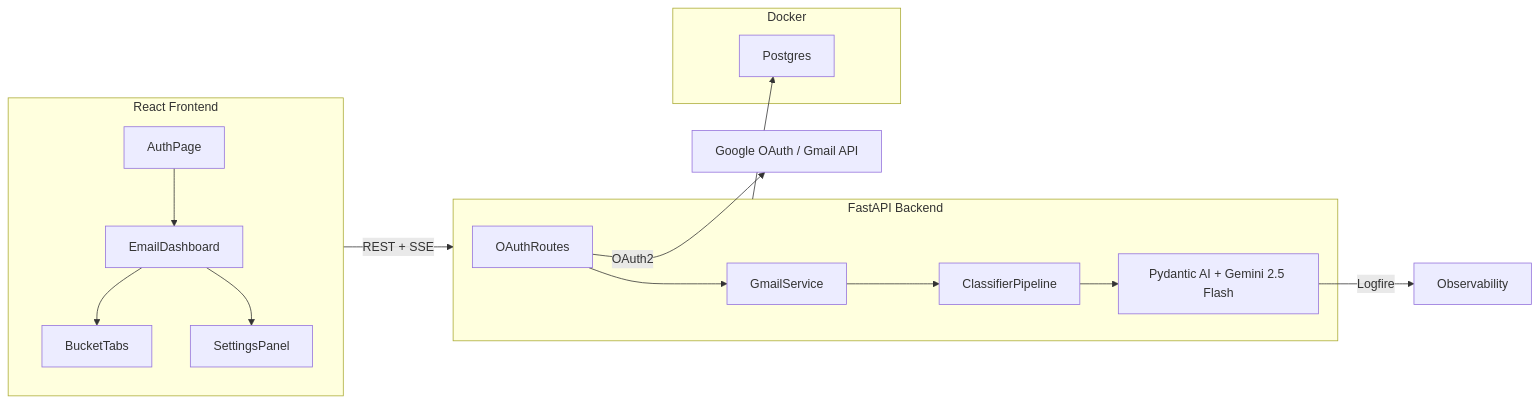
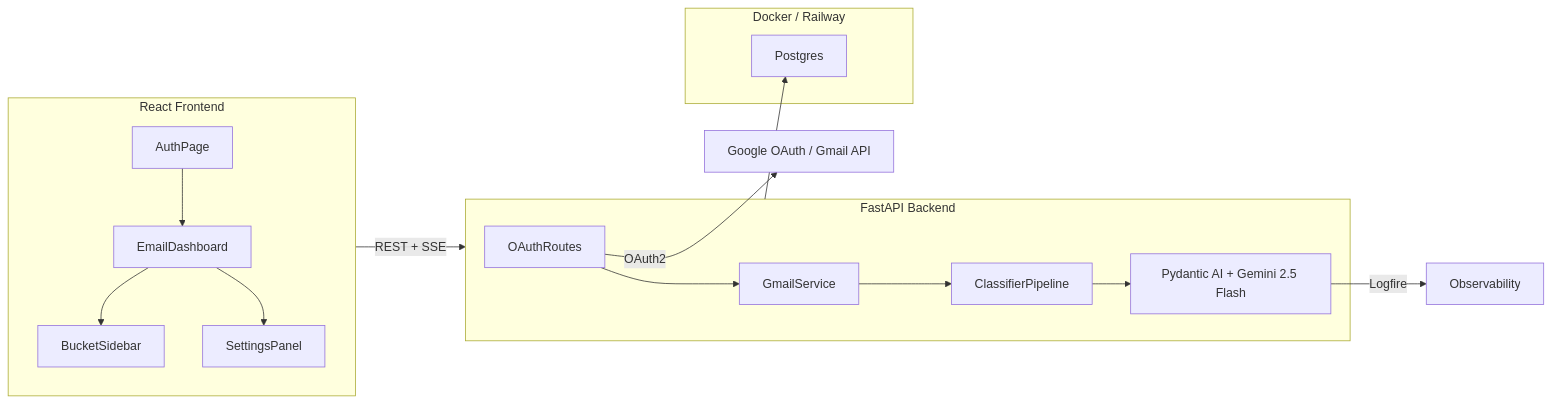
One commit to emmhh/Inbox-Concierge changed the first of 6 diagrams in README.md. Above: the diagram before and after it, drawn with Mermaid. The commit also changed other lines of this file, not shown here.

````diff
--- a/README.md
+++ b/README.md
@@ -7,23 +7,23 @@
 ```mermaid
 flowchart LR
     subgraph frontend [React Frontend]
         AuthPage --> EmailDashboard
-        EmailDashboard --> BucketTabs
+        EmailDashboard --> BucketSidebar
         EmailDashboard --> SettingsPanel
     end
 
     subgraph backend [FastAPI Backend]
         OAuthRoutes --> GmailService
         GmailService --> ClassifierPipeline
         ClassifierPipeline --> PydanticAI["Pydantic AI + Gemini 2.5 Flash"]
     end
 
-    subgraph infra [Docker]
+    subgraph infra [Docker / Railway]
         Postgres
     end
 
     frontend -->|"REST + SSE"| backend
     backend --> Postgres
     OAuthRoutes -->|"OAuth2"| GoogleAPI["Google OAuth / Gmail API"]
     PydanticAI -->|"Logfire"| Observability
 ```
````
